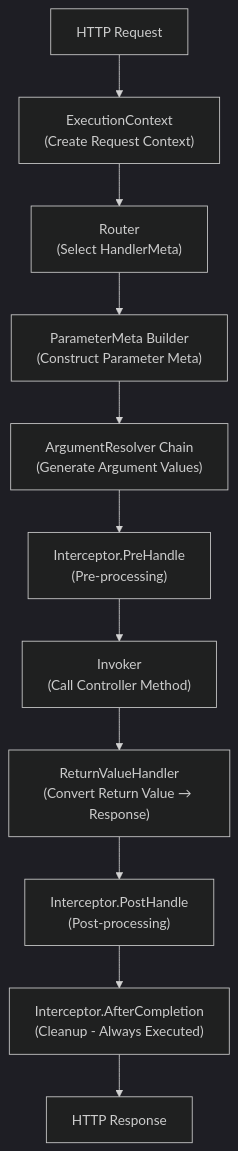
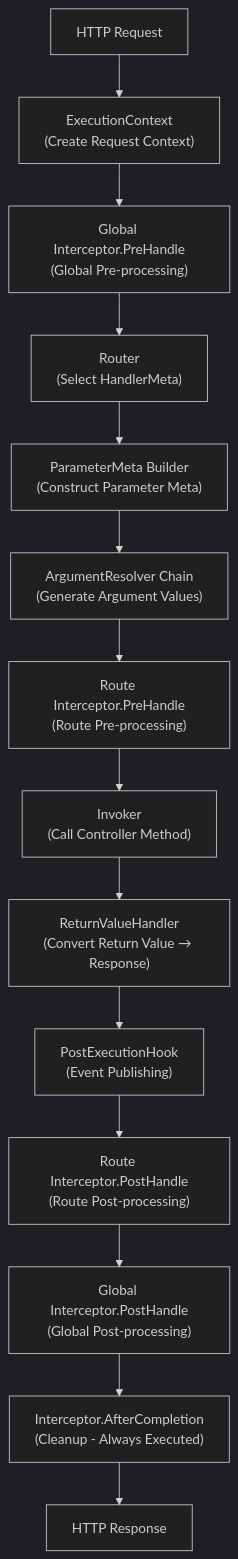
One commit to NARUBROWN/spine-site changed the diagram in docs/en/learn/core-concepts/pipeline.md. Above: the diagram before and after it, drawn with Mermaid (dark theme). The commit also changed other lines of this file and 22 other files, not shown here.

Commit message:
docs: Document WebSocket support, `WebSocketContext`, and `ControllerContext`, and update `ExecutionContext` methods and protocol differences.

````diff
--- a/docs/en/learn/core-concepts/pipeline.md
+++ b/docs/en/learn/core-concepts/pipeline.md
@@ -11,26 +11,32 @@
 ```mermaid
 graph TD
     Request["HTTP Request"]
     
     ExecutionContext["ExecutionContext<br>(Create Request Context)"]
+    GlobalPre["Global Interceptor.PreHandle<br>(Global Pre-processing)"]
     Router["Router<br>(Select HandlerMeta)"]
     ParamMeta["ParameterMeta Builder<br>(Construct Parameter Meta)"]
     ArgResolver["ArgumentResolver Chain<br>(Generate Argument Values)"]
-    InterPre["Interceptor.PreHandle<br>(Pre-processing)"]
+    RoutePre["Route Interceptor.PreHandle<br>(Route Pre-processing)"]
     Invoker["Invoker<br>(Call Controller Method)"]
     ReturnHandler["ReturnValueHandler<br>(Convert Return Value → Response)"]
-    InterPost["Interceptor.PostHandle<br>(Post-processing)"]
-    InterAfter["Interceptor.AfterCompletion<br>(Cleanup - Always Executed)"]
+    PostHook["PostExecutionHook<br>(Event Publishing)"]
+    RoutePost["Route Interceptor.PostHandle<br>(Route Post-processing)"]
+    GlobalPost["Global Interceptor.PostHandle<br>(Global Post-processing)"]
+    AfterCompletion["Interceptor.AfterCompletion<br>(Cleanup - Always Executed)"]
     Response["HTTP Response"]
 
     Request --> ExecutionContext
-    ExecutionContext --> Router
+    ExecutionContext --> GlobalPre
+    GlobalPre --> Router
     Router --> ParamMeta
     ParamMeta --> ArgResolver
-    ArgResolver --> InterPre
-    InterPre --> Invoker
+    ArgResolver --> RoutePre
+    RoutePre --> Invoker
     Invoker --> ReturnHandler
-    ReturnHandler --> InterPost
-    InterPost --> InterAfter
-    InterAfter --> Response
+    ReturnHandler --> PostHook
+    PostHook --> RoutePost
+    RoutePost --> GlobalPost
+    GlobalPost --> AfterCompletion
+    AfterCompletion --> Response
 ```
````
